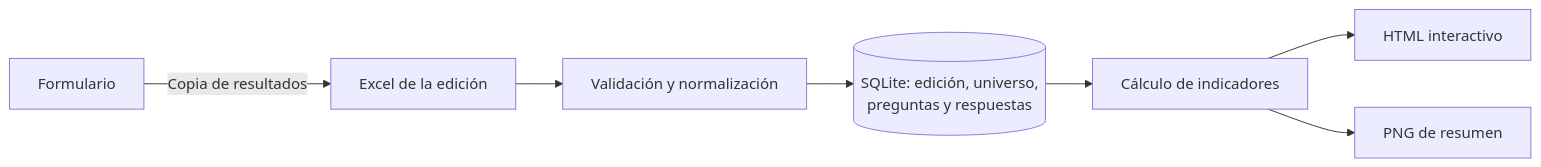
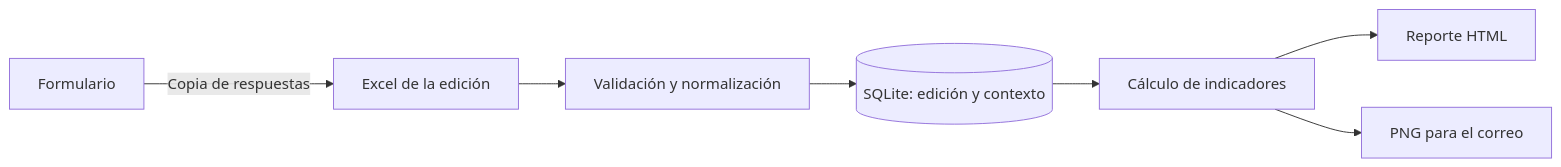
One commit to jminolli-e/case-studies changed the diagram in auditorias/README.md. Above: the diagram before and after it, drawn with Mermaid. The commit also changed other lines of this file and 1 other file, not shown here.

````diff
--- a/auditorias/README.md
+++ b/auditorias/README.md
@@ -41,9 +29,9 @@
 ```mermaid
 flowchart LR
-    A["Formulario"] -->|"Copia de resultados"| B["Excel de la edición"]
+    A["Formulario"] -->|"Copia de respuestas"| B["Excel de la edición"]
     B --> C["Validación y normalización"]
-    C --> D[("SQLite: edición, universo,<br/>preguntas y respuestas")]
+    C --> D[("SQLite: edición y contexto")]
     D --> E["Cálculo de indicadores"]
-    E --> F["HTML interactivo"]
-    E --> G["PNG de resumen"]
+    E --> F["Reporte HTML"]
+    E --> G["PNG para el correo"]
 ```
````
